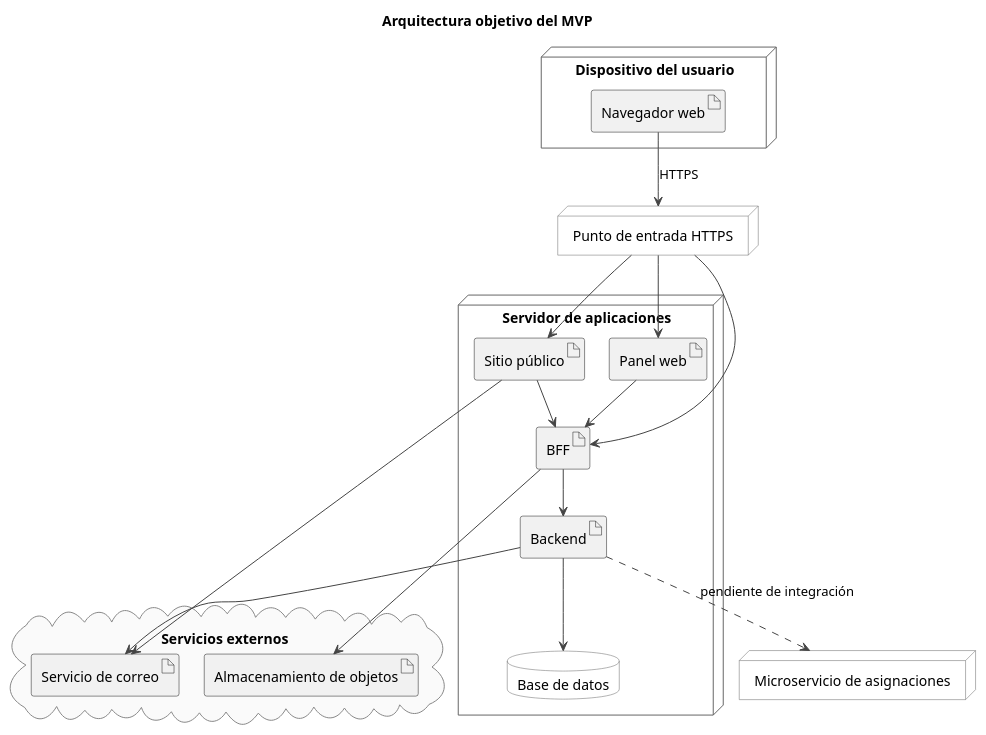
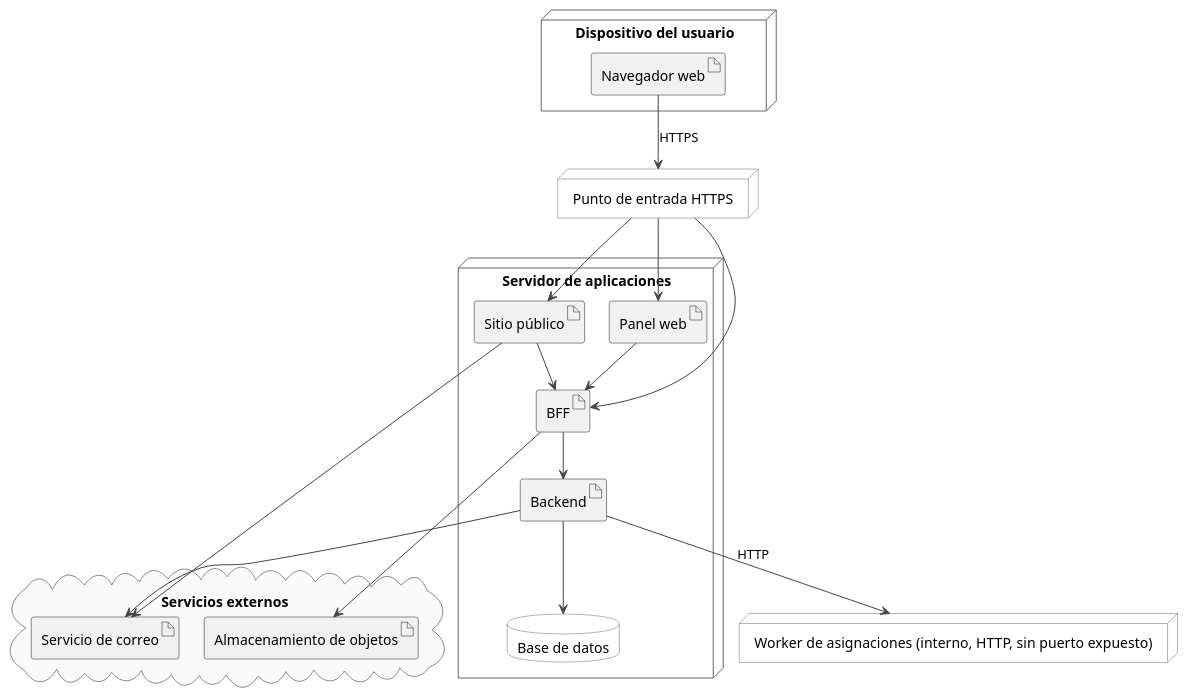
The diagram in docs/tesis/diagramas/arquitectura/mvp.puml (S21-Projects/hornero_monorepo), drawn with PlantUML before and after one commit. The commit also changed 13 other files, not shown here.

Commit message:
docs(tesis): update diagrams for delivered features

```diff
--- a/docs/tesis/diagramas/arquitectura/mvp.puml
+++ b/docs/tesis/diagramas/arquitectura/mvp.puml
@@ -1,58 +1,56 @@
 @startuml
-title Arquitectura objetivo del MVP
-
 skinparam shadowing false
 skinparam defaultFontName Helvetica
 skinparam nodesep 25
 skinparam ranksep 45
 skinparam ArrowColor #444444
 skinparam node {
   BackgroundColor #FFFFFF
   BorderColor #666666
 }
 skinparam database {
   BackgroundColor #FFFFFF
   BorderColor #666666
 }
 skinparam cloud {
   BackgroundColor #FAFAFA
   BorderColor #888888
 }
 
 node "Dispositivo del usuario" as cliente {
   artifact "Navegador web" as navegador
 }
 
 node "Punto de entrada HTTPS" as proxy
 
 node "Servidor de aplicaciones" as servidor {
   artifact "Sitio público" as sitio
   artifact "Panel web" as panel
   artifact "BFF" as bff
   artifact "Backend" as backend
   database "Base de datos" as db
 }
 
-node "Microservicio de asignaciones" as asignaciones
+node "Worker de asignaciones (interno, HTTP, sin puerto expuesto)" as asignaciones
 
 cloud "Servicios externos" as externos {
   artifact "Almacenamiento de objetos" as bucket
   artifact "Servicio de correo" as correo
 }
 
 navegador --> proxy : HTTPS
 proxy --> sitio
 proxy --> panel
 proxy --> bff
 
 sitio --> bff
 panel --> bff
 bff --> backend
 backend --> db
 bff --> bucket
 backend --> correo
 sitio --> correo
 
-backend ..> asignaciones : pendiente de integración
+backend --> asignaciones : HTTP
 
 @enduml
```
